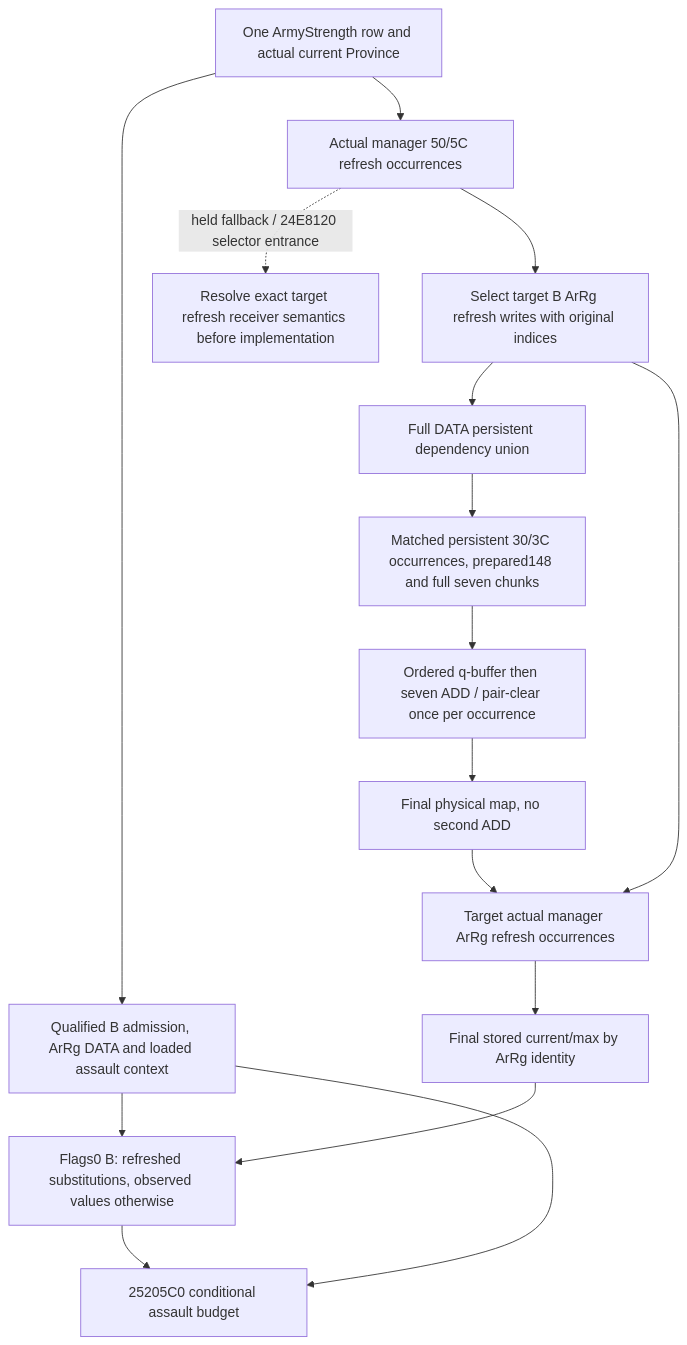
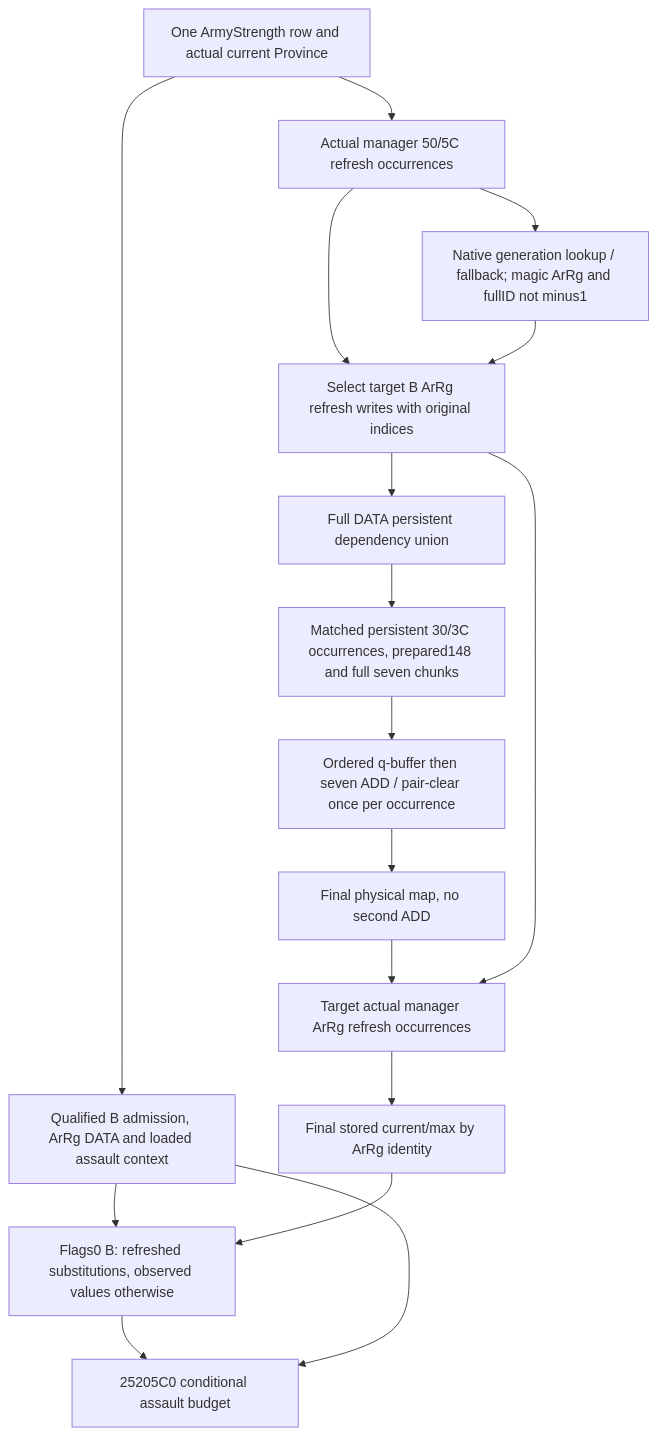
Before and after one commit to XenoAmess/ck3_eternal_recurrence: the diagram in docs/ck3-native-ai/army-ordered-refill-besieging-assault-composition-12003.md, drawn with Mermaid. The commit also changed other lines of this file, not shown here.

Commit message:
Close cached target ArRg refresh selector semantics

````diff
--- a/docs/ck3-native-ai/army-ordered-refill-besieging-assault-composition-12003.md
+++ b/docs/ck3-native-ai/army-ordered-refill-besieging-assault-composition-12003.md
@@ -52,18 +54,19 @@
 ```mermaid
 flowchart TD
   Q[One ArmyStrength row and actual current Province] --> B[Qualified B admission, ArRg DATA and loaded assault context]
   Q --> M[Actual manager 50/5C refresh occurrences]
   M --> R[Select target B ArRg refresh writes with original indices]
   R --> P[Full DATA persistent dependency union]
   P --> O[Matched persistent 30/3C occurrences, prepared148 and full seven chunks]
   O --> C[Ordered q-buffer then seven ADD / pair-clear once per occurrence]
   C --> F[Final physical map, no second ADD]
   F --> U[Target actual manager ArRg refresh occurrences]
   R --> U
   U --> S[Final stored current/max by ArRg identity]
   B --> W[Flags0 B: refreshed substitutions, observed values otherwise]
   S --> W
   W --> A[25205C0 conditional assault budget]
   B --> A
-  M -. held fallback / 24E8120 selector entrance .-> X[Resolve exact target refresh receiver semantics before implementation]
+  M --> X[Native generation lookup / fallback; magic ArRg and fullID not minus1]
+  X --> R
 ```
````
